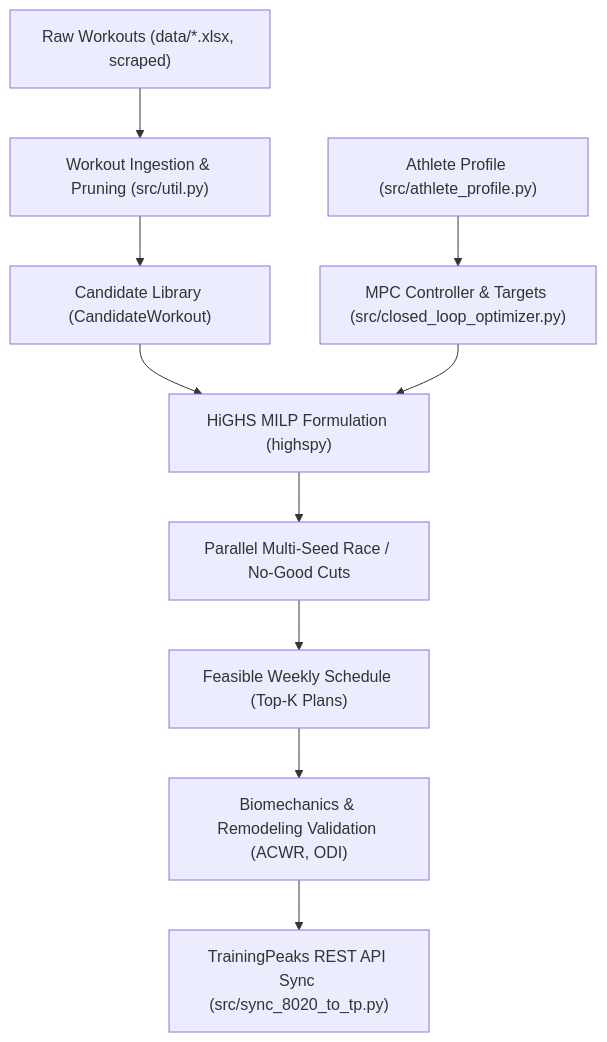
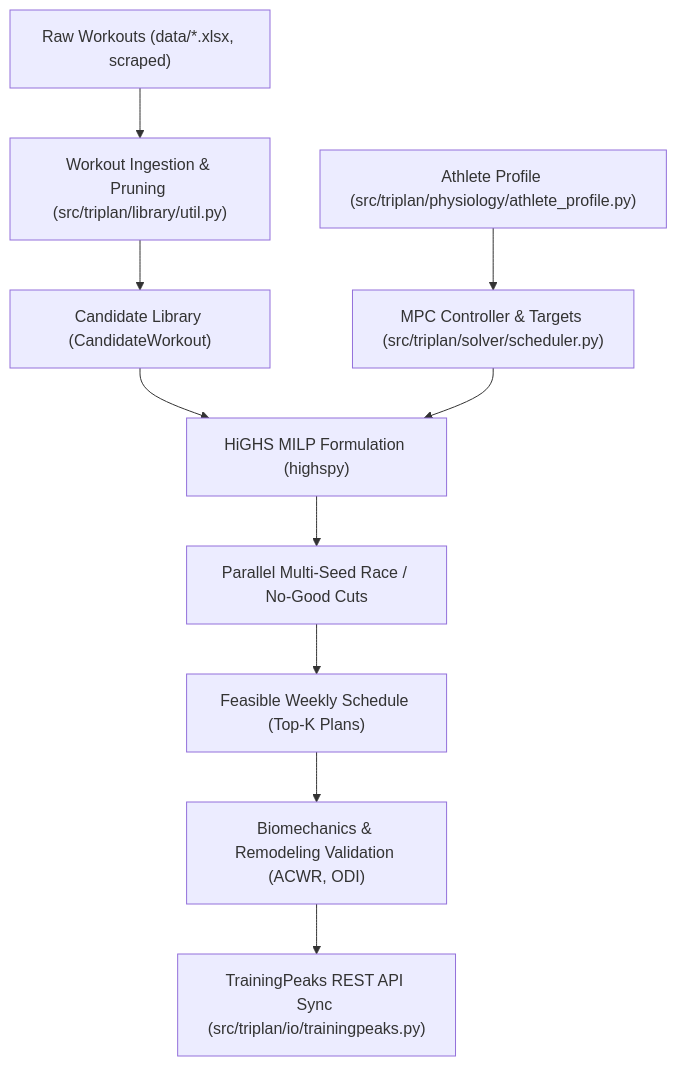
Before and after one commit to driscoll42/triathlon_planning: the diagram in ReadMe.md, drawn with Mermaid. The commit also changed other lines of this file and 62 other files, not shown here.

First line of the commit message:
Adopt src-layout triplan package; split closed_loop_optimizer monolith (TASK-014)

````diff
--- a/ReadMe.md
+++ b/ReadMe.md
@@ -32,11 +32,11 @@
 ```mermaid
 flowchart TD
-    A["Raw Workouts (data/*.xlsx, scraped)"] --> B["Workout Ingestion & Pruning (src/util.py)"]
+    A["Raw Workouts (data/*.xlsx, scraped)"] --> B["Workout Ingestion & Pruning (src/triplan/library/util.py)"]
     B --> C["Candidate Library (CandidateWorkout)"]
-    D["Athlete Profile (src/athlete_profile.py)"] --> E["MPC Controller & Targets (src/closed_loop_optimizer.py)"]
+    D["Athlete Profile (src/triplan/physiology/athlete_profile.py)"] --> E["MPC Controller & Targets (src/triplan/solver/scheduler.py)"]
     C & E --> F["HiGHS MILP Formulation (highspy)"]
     F --> G["Parallel Multi-Seed Race / No-Good Cuts"]
     G --> H["Feasible Weekly Schedule (Top-K Plans)"]
     H --> I["Biomechanics & Remodeling Validation (ACWR, ODI)"]
-    I --> J["TrainingPeaks REST API Sync (src/sync_8020_to_tp.py)"]
+    I --> J["TrainingPeaks REST API Sync (src/triplan/io/trainingpeaks.py)"]
 ```
````
